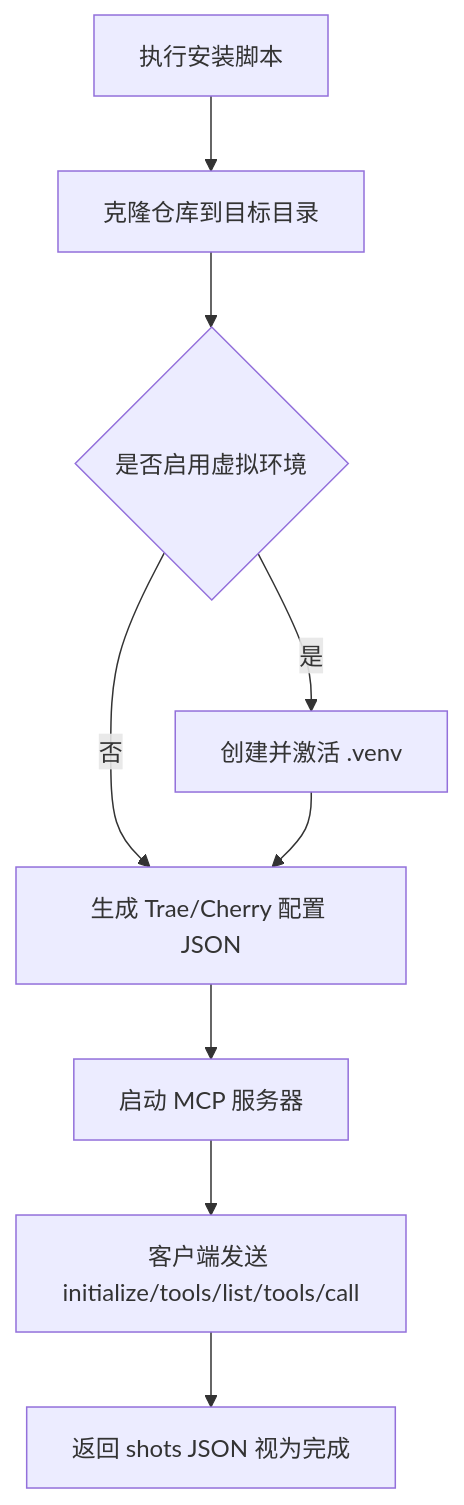
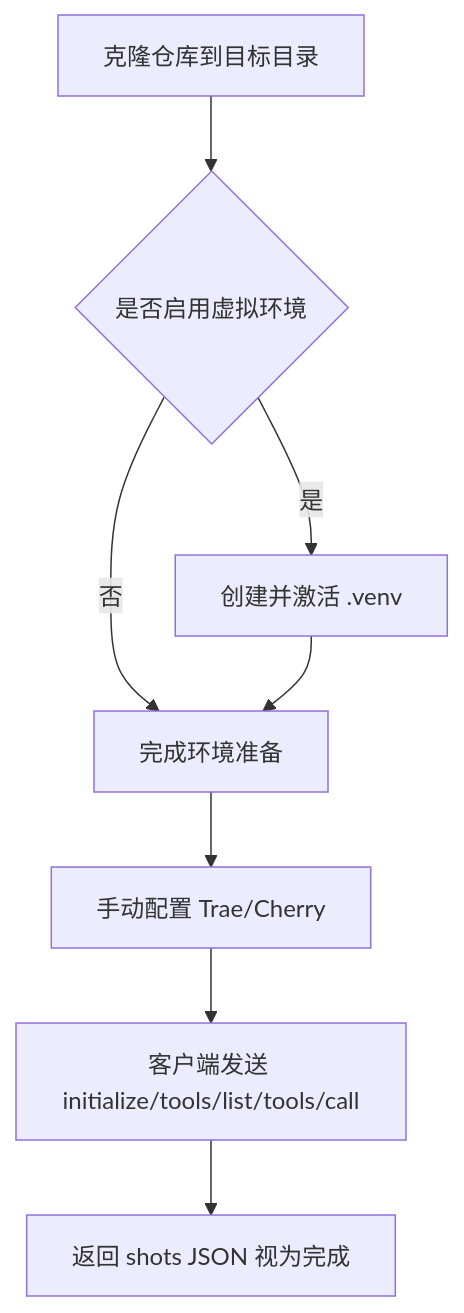
The second of 2 diagrams in docs/QUICKSTART.md (leon30083/sor2-prompt-mcp), drawn with Mermaid before and after one commit. The commit also changed other lines of this file and 1 other file, not shown here.

Commit message:
docs: 精简 README/QUICKSTART 手动配置段落，统一指向 docs/MCP.md\n\n- 删除重复的 Trae/Cherry 示例\n- 减少文档漂移风险，集中维护于 docs/MCP.md

````diff
--- a/docs/QUICKSTART.md
+++ b/docs/QUICKSTART.md
@@ -104,11 +95,10 @@
 ```mermaid
 flowchart TD
-    A[执行安装脚本] --> B[克隆仓库到目标目录]
-    B --> C{是否启用虚拟环境}
-    C -- 是 --> C1[创建并激活 .venv]
-    C -- 否 --> D
-    C1 --> D[生成 Trae/Cherry 配置 JSON]
-    D --> E[启动 MCP 服务器]
-    E --> F[客户端发送 initialize/tools/list/tools/call]
-    F --> G[返回 shots JSON 视为完成]
+    A[克隆仓库到目标目录] --> B{是否启用虚拟环境}
+    B -- 是 --> B1[创建并激活 .venv]
+    B -- 否 --> C
+    B1 --> C[完成环境准备]
+    C --> D[手动配置 Trae/Cherry]
+    D --> E[客户端发送 initialize/tools/list/tools/call]
+    E --> F[返回 shots JSON 视为完成]
 ```
````
